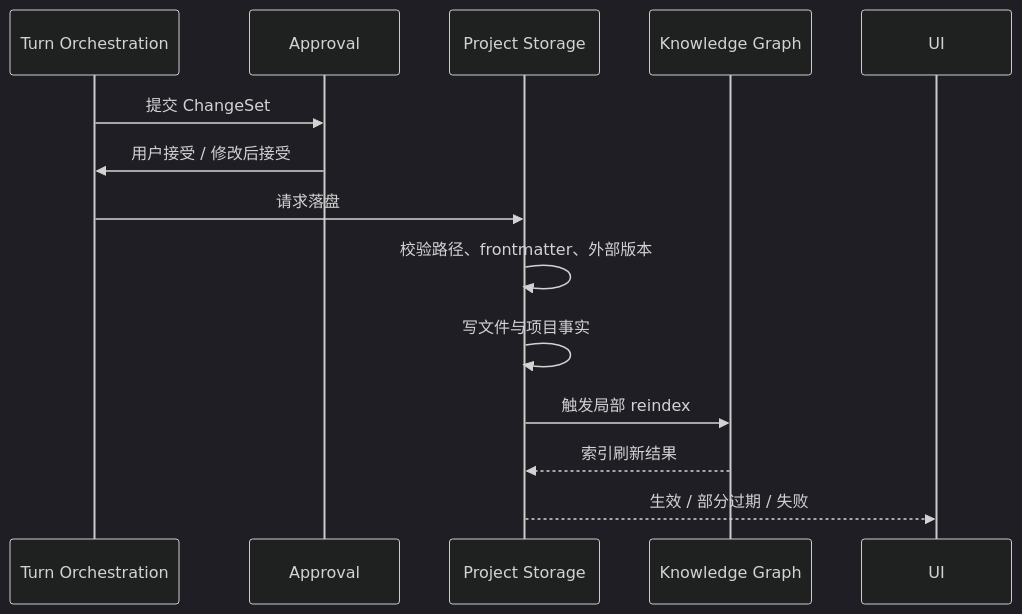
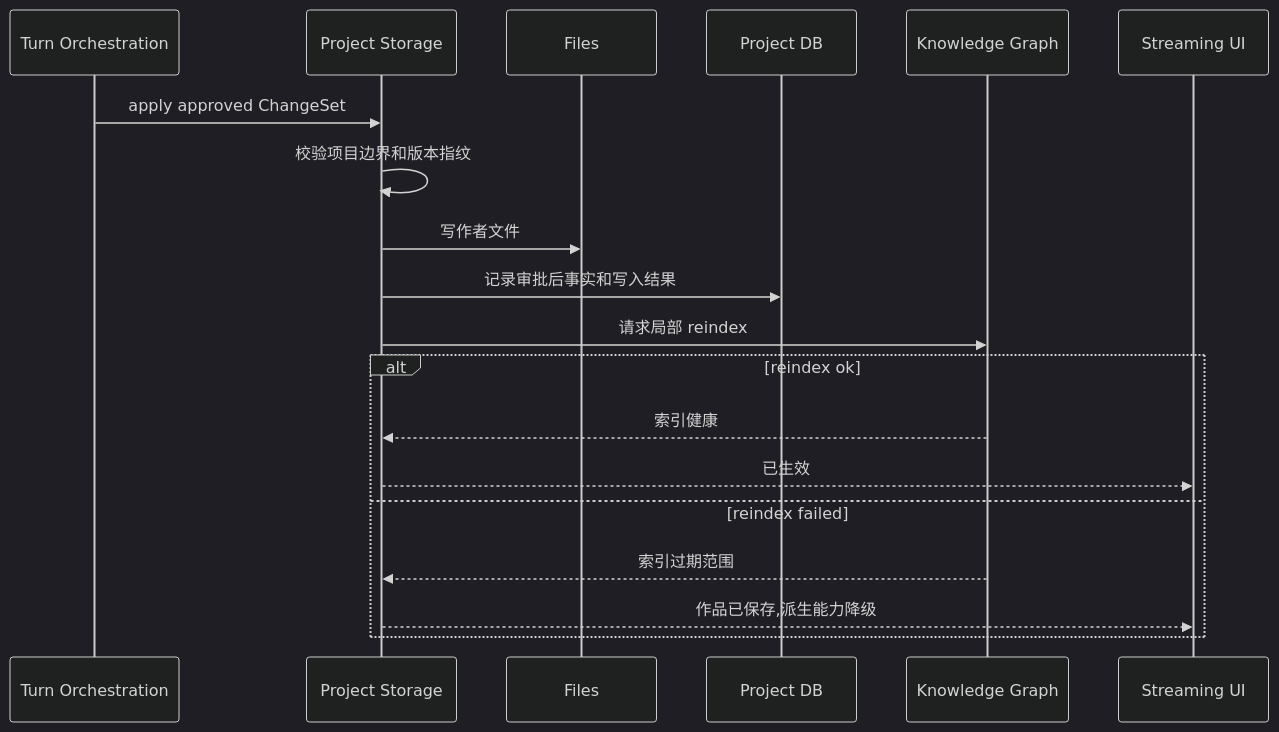
Before and after one commit to jinhuang712/open-novel: the second of 3 diagrams in spec/01-project-storage.md, drawn with Mermaid (dark theme). The commit also changed other lines of this file and 15 other files, not shown here.

````diff
--- a/spec/01-project-storage.md
+++ b/spec/01-project-storage.md
@@ -42,17 +50,22 @@
 ```mermaid
 sequenceDiagram
-  participant T as Turn Orchestration
-  participant A as Approval
+  participant O as Turn Orchestration
   participant S as Project Storage
+  participant F as Files
+  participant D as Project DB
   participant K as Knowledge Graph
-  participant U as UI
+  participant UI as Streaming UI
 
-  T->>A: 提交 ChangeSet
-  A->>T: 用户接受 / 修改后接受
-  T->>S: 请求落盘
-  S->>S: 校验路径、frontmatter、外部版本
-  S->>S: 写文件与项目事实
-  S->>K: 触发局部 reindex
-  K-->>S: 索引刷新结果
-  S-->>U: 生效 / 部分过期 / 失败
+  O->>S: apply approved ChangeSet
+  S->>S: 校验项目边界和版本指纹
+  S->>F: 写作者文件
+  S->>D: 记录审批后事实和写入结果
+  S->>K: 请求局部 reindex
+  alt reindex ok
+    K-->>S: 索引健康
+    S-->>UI: 已生效
+  else reindex failed
+    K-->>S: 索引过期范围
+    S-->>UI: 作品已保存,派生能力降级
+  end
 ```
````
